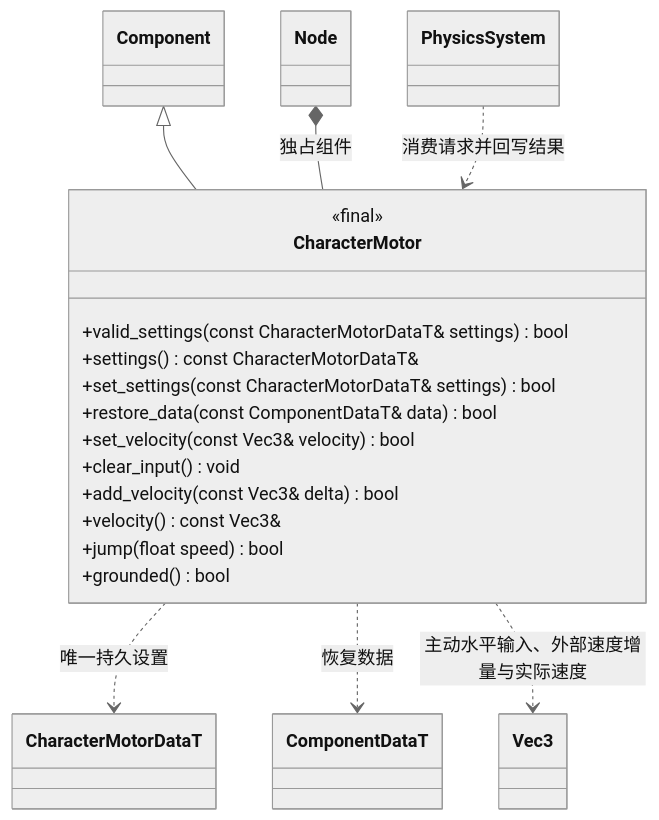
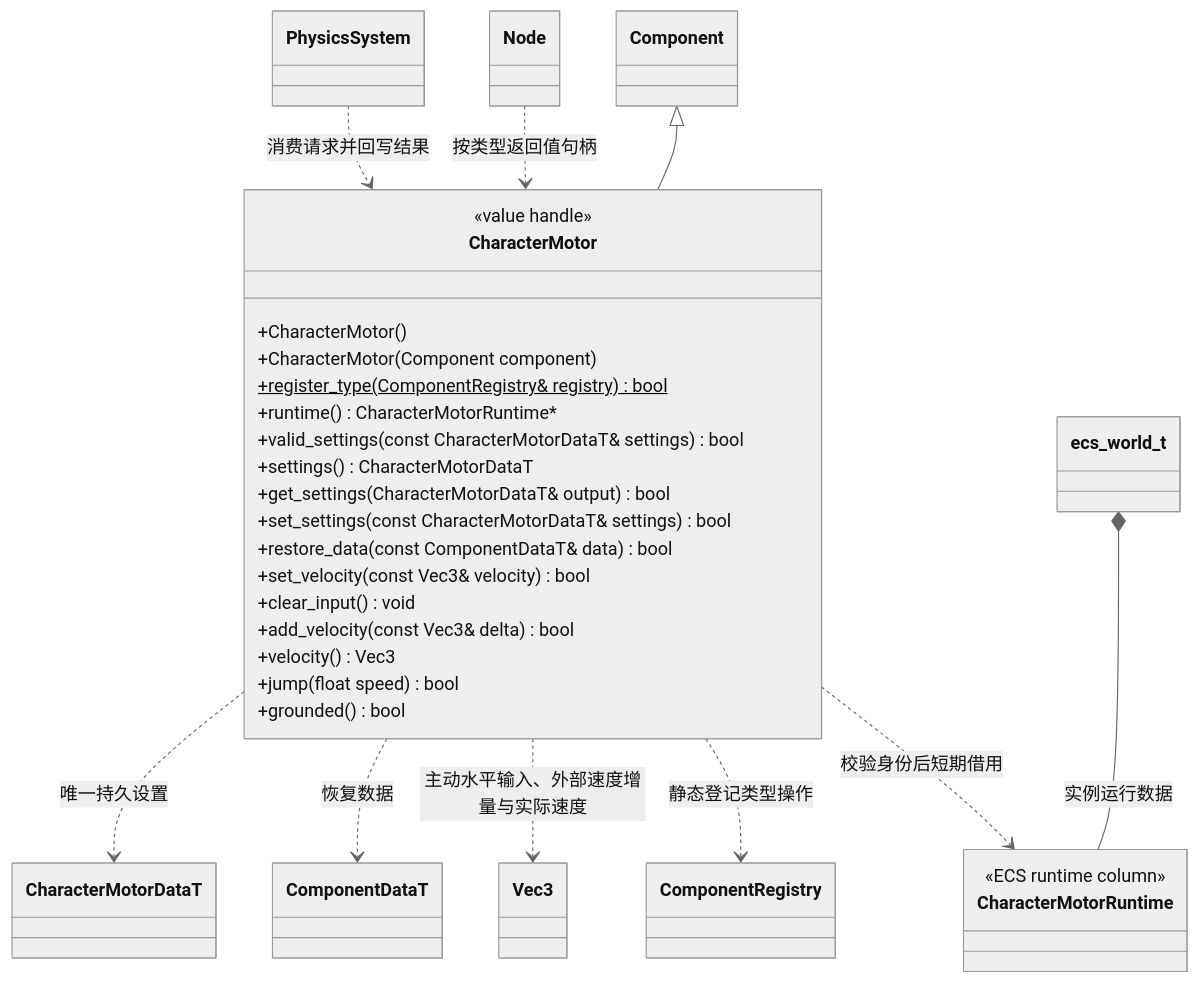
One commit to lcals/Engine changed the diagram in docs/runtime/class-diagrams/character-motor.md. Above: the diagram before and after it, drawn with Mermaid (neutral theme). The commit also changed other lines of this file and 291 other files, not shown here.

Commit message:
Migrate scene data to ECS and add rendering quality controls

````diff
--- a/docs/runtime/class-diagrams/character-motor.md
+++ b/docs/runtime/class-diagrams/character-motor.md
@@ -5,28 +5,43 @@
 ```mermaid
 classDiagram
     class CharacterMotor {
+        <<value handle>>
+        +CharacterMotor()
+        +CharacterMotor(Component component)
+        +register_type(ComponentRegistry& registry) bool$
+        +runtime() CharacterMotorRuntime#42;
         <<final>>
         +valid_settings(const CharacterMotorDataT& settings) bool
-        +settings() const CharacterMotorDataT&
+        +settings() CharacterMotorDataT
+        +get_settings(CharacterMotorDataT& output) bool
         +set_settings(const CharacterMotorDataT& settings) bool
         +restore_data(const ComponentDataT& data) bool
         +set_velocity(const Vec3& velocity) bool
         +clear_input() void
         +add_velocity(const Vec3& delta) bool
-        +velocity() const Vec3&
+        +velocity() Vec3
         +jump(float speed) bool
         +grounded() bool
     }
     class Component
     class Node
     class CharacterMotorDataT
     class ComponentDataT
     class Vec3
     class PhysicsSystem
     Component <|-- CharacterMotor
-    Node *-- CharacterMotor : 独占组件
+    Node ..> CharacterMotor : 按类型返回值句柄
     CharacterMotor ..> CharacterMotorDataT : 唯一持久设置
     CharacterMotor ..> ComponentDataT : 恢复数据
     CharacterMotor ..> Vec3 : 主动水平输入、外部速度增量与实际速度
     PhysicsSystem ..> CharacterMotor : 消费请求并回写结果
+    class ComponentRegistry
+    class ecs_world_t
+    class CharacterMotorRuntime {
+        <<ECS runtime column>>
+    }
+    ecs_world_t *-- CharacterMotorRuntime : 实例运行数据
+    CharacterMotor ..> CharacterMotorRuntime : 校验身份后短期借用
+    CharacterMotor ..> ComponentRegistry : 静态登记类型操作
+
 ```
````
